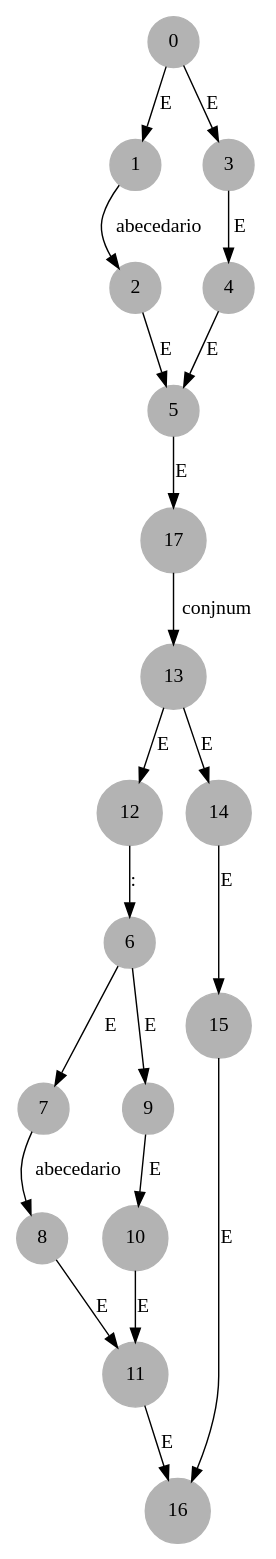
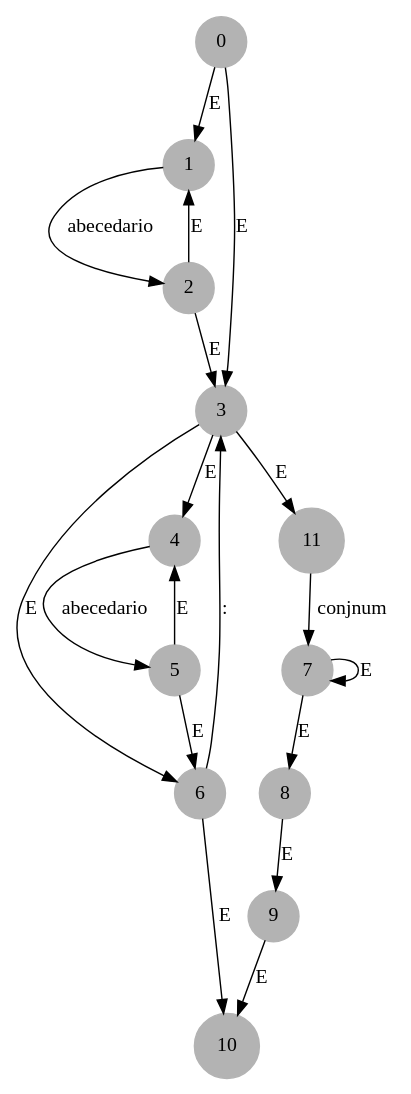
The diagram in Proyecto1_Compi/bin/Debug/Expresion2.dot (loumisha96/ProyectoCompi1S12020_201602935), drawn with Graphviz before and after one commit. The commit also changed 20 other files, not shown here.

```diff
--- a/Proyecto1_Compi/bin/Debug/Expresion2.dot
+++ b/Proyecto1_Compi/bin/Debug/Expresion2.dot
@@ -1,24 +1,22 @@
 digraph G{
 node[shape=circle, style=filled, color= Gray70];
 edge[color=black]
 0->{1}[label="E"]
 1->{2}[label=abecedario]
+2->{1}[label="E"]
+2->{3}[label="E"]
 0->{3}[label="E"]
-3->{4}[label=" E"]
-2->{5}[label="E"]
-4->{5}[label="E"]
-6->{7}[label="E"]
-7->{8}[label=abecedario]
-6->{9}[label="E"]
-9->{10}[label=" E"]
-8->{11}[label="E"]
-10->{11}[label="E"]
-12->{6}[label=":"]
-13->{12}[label="E"]
-13->{14}[label="E"]
-14->{15}[label="E"]
-15->{16}[label="E"]
-11->{16}[label="E"]
-17->{13}[label=conjnum]
-5->{17}[label="E"]
+3->{4}[label="E"]
+4->{5}[label=abecedario]
+5->{4}[label="E"]
+5->{6}[label="E"]
+3->{6}[label="E"]
+6->{3}[label=":"]
+7->{7}[label="E"]
+7->{8}[label="E"]
+8->{9}[label="E"]
+9->{10}[label="E"]
+6->{10}[label="E"]
+11->{7}[label=conjnum]
+3->{11}[label="E"]
 }
```
